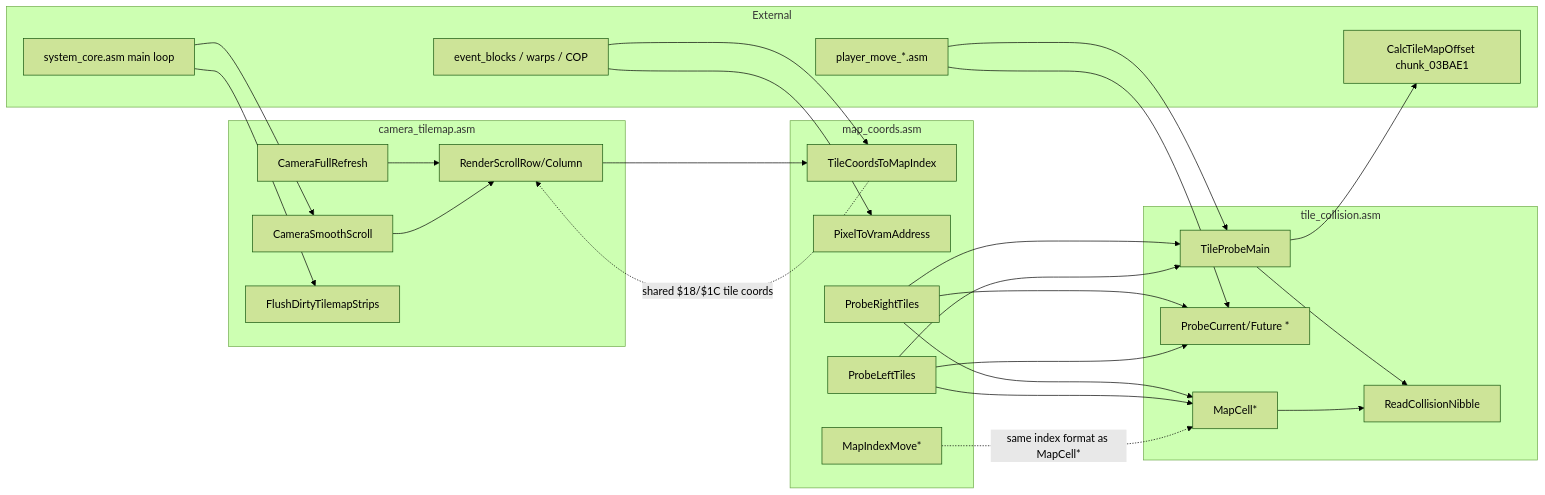
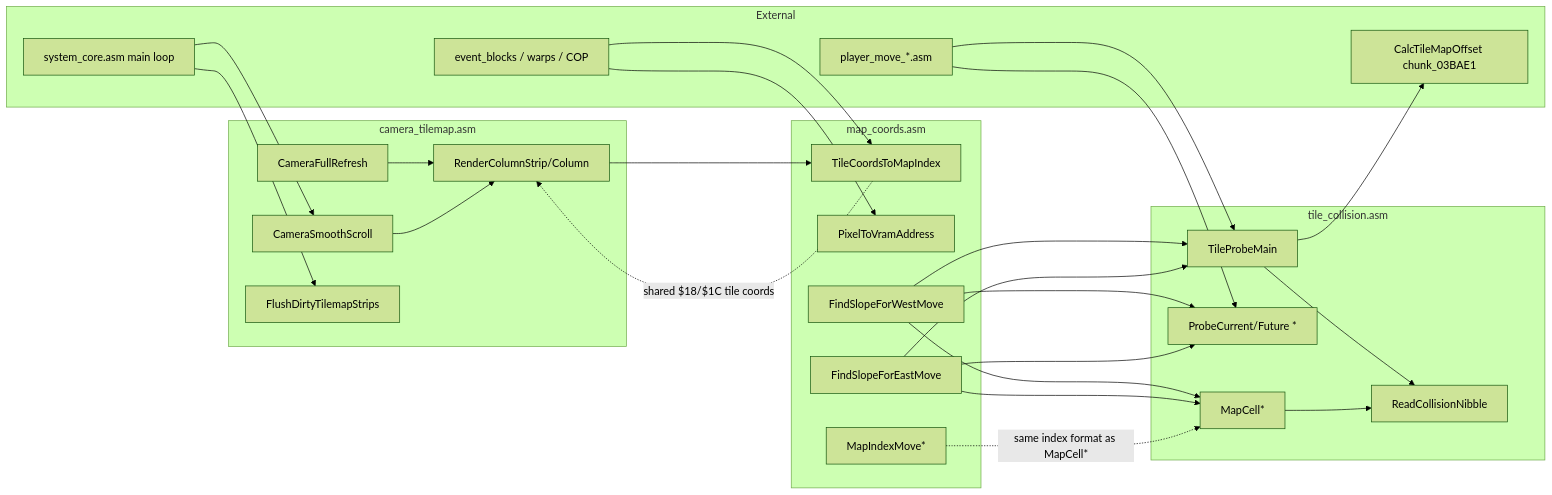
One commit to Azarem/gaia-iog-baserom changed the second of 2 diagrams in docs/code/bank02/camera-scrolling.md. Above: the diagram before and after it, drawn with Mermaid (forest theme). The commit also changed other lines of this file and 228 other files, not shown here.

````diff
--- a/docs/code/bank02/camera-scrolling.md
+++ b/docs/code/bank02/camera-scrolling.md
@@ -567,56 +567,56 @@
 ```mermaid
 flowchart LR
     subgraph camera_tilemap["camera_tilemap.asm"]
         CFS[CameraFullRefresh]
         CSS[CameraSmoothScroll]
-        RSR[RenderScrollRow/Column]
+        RSR[RenderColumnStrip/Column]
         FDT[FlushDirtyTilemapStrips]
     end
 
     subgraph map_coords["map_coords.asm"]
         TCI[TileCoordsToMapIndex]
         PVA[PixelToVramAddress]
         MIM[MapIndexMove*]
-        PRT[ProbeRightTiles]
-        PLT[ProbeLeftTiles]
+        PRT[FindSlopeForWestMove]
+        PLT[FindSlopeForEastMove]
     end
 
     subgraph tile_collision["tile_collision.asm"]
         TPM[TileProbeMain]
         RCN[ReadCollisionNibble]
         PCx[ProbeCurrent/Future *]
         MCx[MapCell*]
     end
 
     subgraph external["External"]
         SC[system_core.asm main loop]
         VM[CalcTileMapOffset chunk_03BAE1]
         PM[player_move_*.asm]
         EV[event_blocks / warps / COP]
     end
 
     SC --> CSS
     SC --> FDT
     CFS --> RSR
     CSS --> RSR
     RSR --> TCI
 
     EV --> TCI
     EV --> PVA
 
     PM --> PCx
     PM --> TPM
     PRT --> PCx
     PRT --> TPM
     PRT --> MCx
     PLT --> PCx
     PLT --> TPM
     PLT --> MCx
 
     TPM --> VM
     TPM --> RCN
     MCx --> RCN
 
     TCI -.->|"shared $18/$1C tile coords"| RSR
     MIM -.->|"same index format as MapCell*"| MCx
 ```
````
